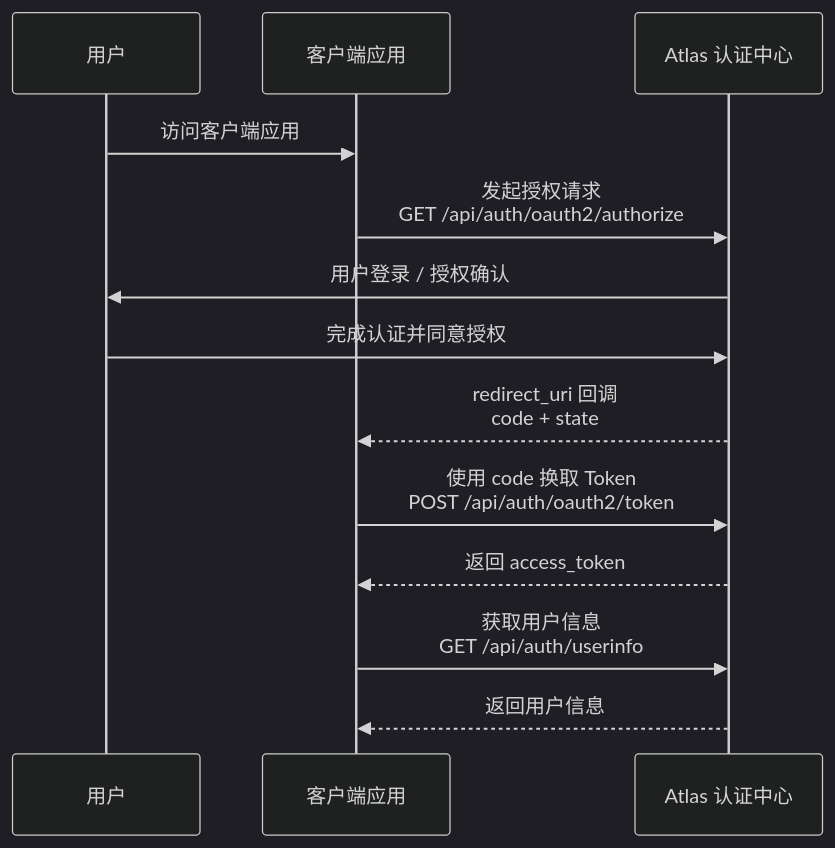
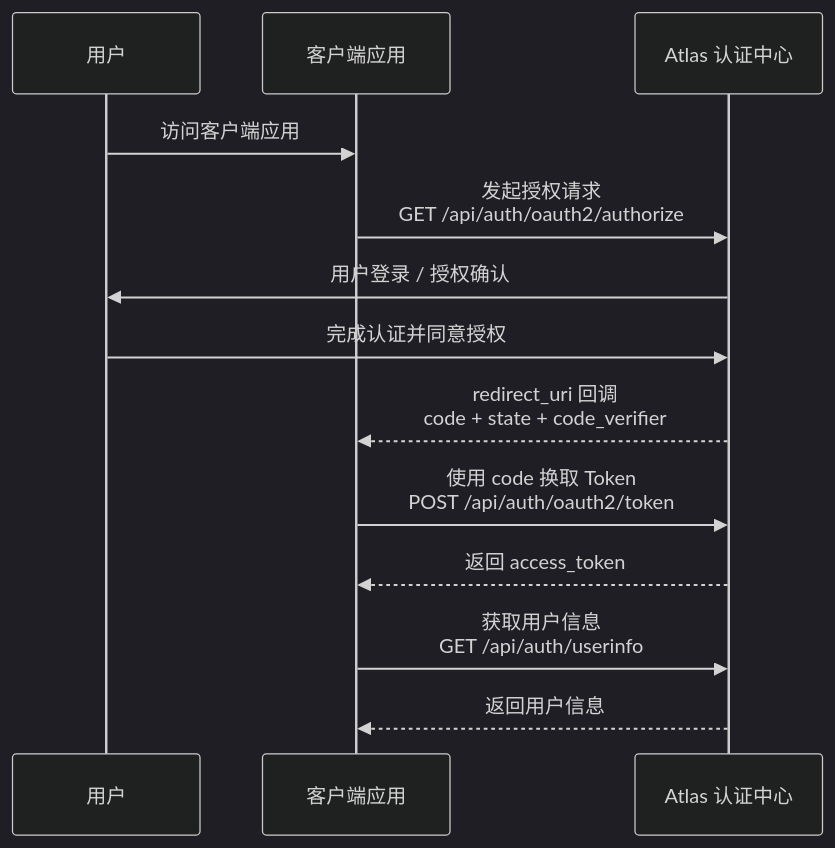
One commit to yyyyyyyysssss/atlas changed the diagram in atlas-docs/docs/oauth2/authorization-code.mdx. Above: the diagram before and after it, drawn with Mermaid (dark theme). The commit also changed other lines of this file and 3 other files, not shown here.

````diff
--- a/atlas-docs/docs/oauth2/authorization-code.mdx
+++ b/atlas-docs/docs/oauth2/authorization-code.mdx
@@ -14,24 +14,24 @@
 ```mermaid
 sequenceDiagram
     participant User as 用户
     participant Client as 客户端应用
     participant Atlas as Atlas 认证中心
 
     User->>Client: 访问客户端应用
 
     Client->>Atlas: 发起授权请求<br/>GET /api/auth/oauth2/authorize
 
     Atlas->>User: 用户登录 / 授权确认
 
     User->>Atlas: 完成认证并同意授权
 
-    Atlas-->>Client: redirect_uri 回调<br/>code + state
+    Atlas-->>Client: redirect_uri 回调<br/>code + state + code_verifier
 
     Client->>Atlas: 使用 code 换取 Token<br/>POST /api/auth/oauth2/token
 
     Atlas-->>Client: 返回 access_token
 
     Client->>Atlas: 获取用户信息<br/>GET /api/auth/userinfo
 
     Atlas-->>Client: 返回用户信息
 ```
````
